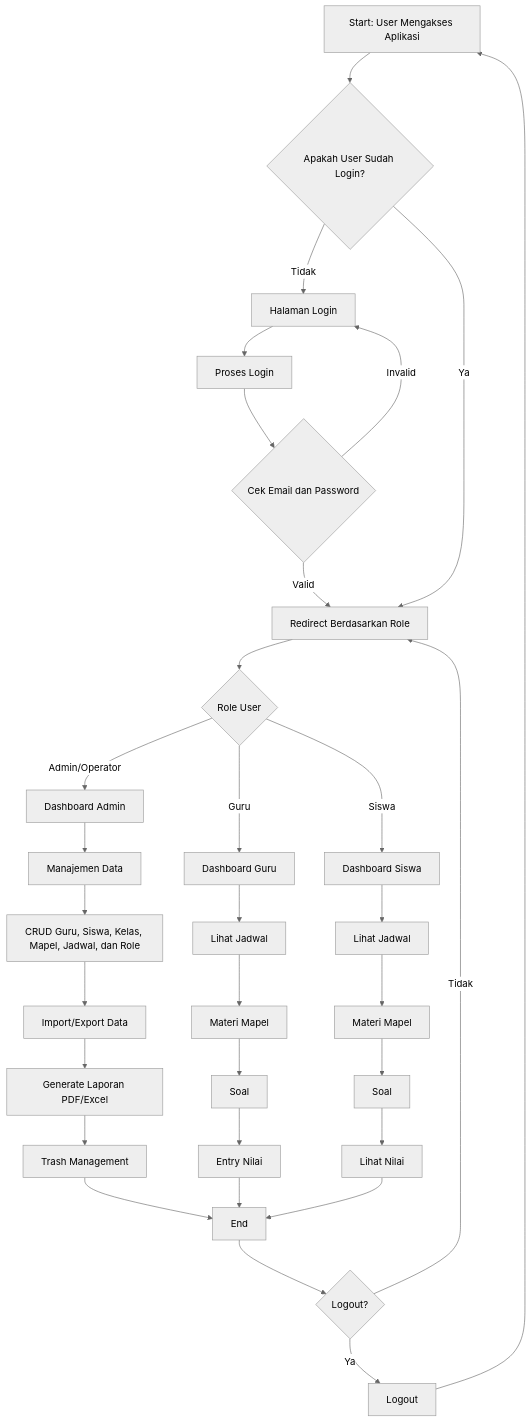
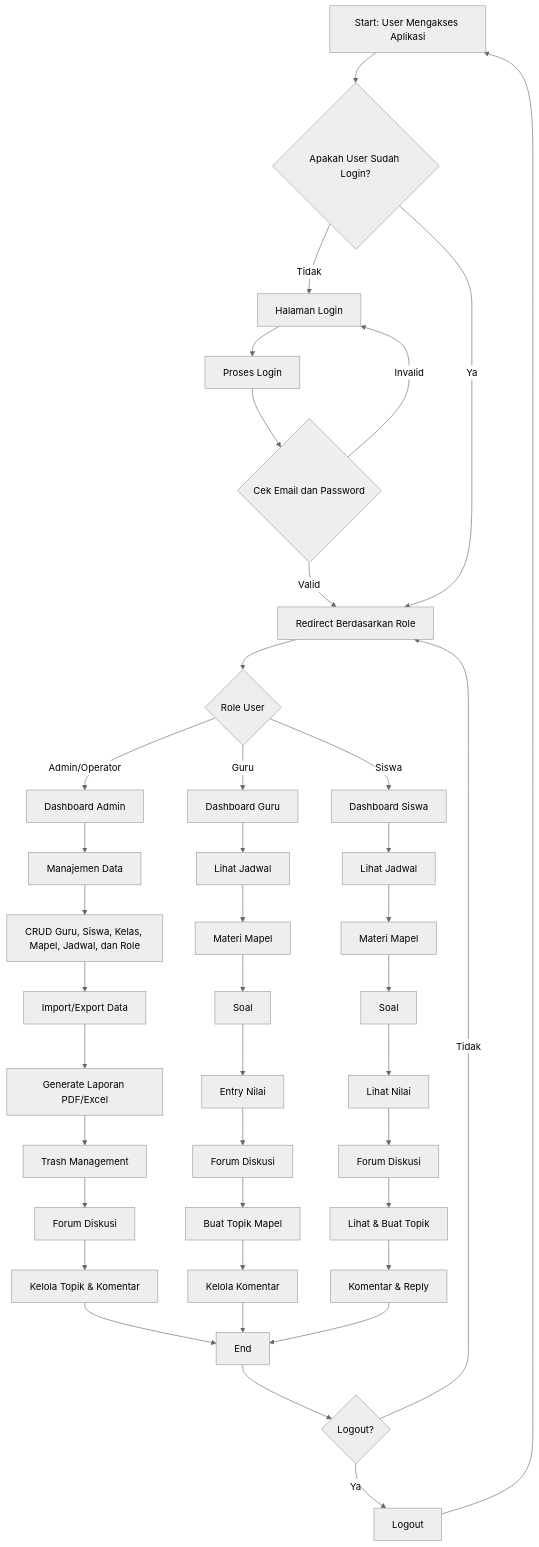
Before and after one commit to maryasidiq/E-Learning-SMK: the diagram in flowchart.md, drawn with Mermaid (neutral theme). The commit also changed 12 other files, not shown here.

````diff
--- a/flowchart.md
+++ b/flowchart.md
@@ -5,38 +5,46 @@
 ```mermaid
 ---
 config:
   layout: fixed
 ---
 flowchart TB
     A["Start: User Mengakses Aplikasi"] --> B{"Apakah User Sudah Login?"}
     B -- Tidak --> C["Halaman Login"]
     C --> D["Proses Login"]
     D --> E{"Cek Email dan Password"}
     E -- Valid --> F["Redirect Berdasarkan Role"]
     E -- Invalid --> C
     F --> G{"Role User"}
     G -- Admin/Operator --> H["Dashboard Admin"]
     G -- Guru --> I["Dashboard Guru"]
     G -- Siswa --> J["Dashboard Siswa"]
     H --> K["Manajemen Data"]
     K --> L["CRUD Guru, Siswa, Kelas, Mapel, Jadwal, dan Role"]
     L --> M["Import/Export Data"]
     M --> N["Generate Laporan PDF/Excel"]
     N --> O["Trash Management"]
-    O --> P["End"]
+    O --> O1["Forum Diskusi"]
+    O1 --> O2["Kelola Topik & Komentar"]
+    O2 --> P["End"]
     I --> Q["Lihat Jadwal"]
     Q --> R["Materi Mapel"]
     R --> S["Soal"]
     S --> T["Entry Nilai"]
-    T --> P
+    T --> T1["Forum Diskusi"]
+    T1 --> T2["Buat Topik Mapel"]
+    T2 --> T3["Kelola Komentar"]
+    T3 --> P
     J --> V["Lihat Jadwal"]
     V --> W["Materi Mapel"]
     W --> X["Soal"]
     X --> Y["Lihat Nilai"]
-    Y --> P
+    Y --> Y1["Forum Diskusi"]
+    Y1 --> Y2["Lihat & Buat Topik"]
+    Y2 --> Y3["Komentar & Reply"]
+    Y3 --> P
     P --> AA{"Logout?"}
     AA -- Ya --> BB["Logout"]
     BB --> A
     AA -- Tidak --> F
     B -- Ya --> F
 ```
````
